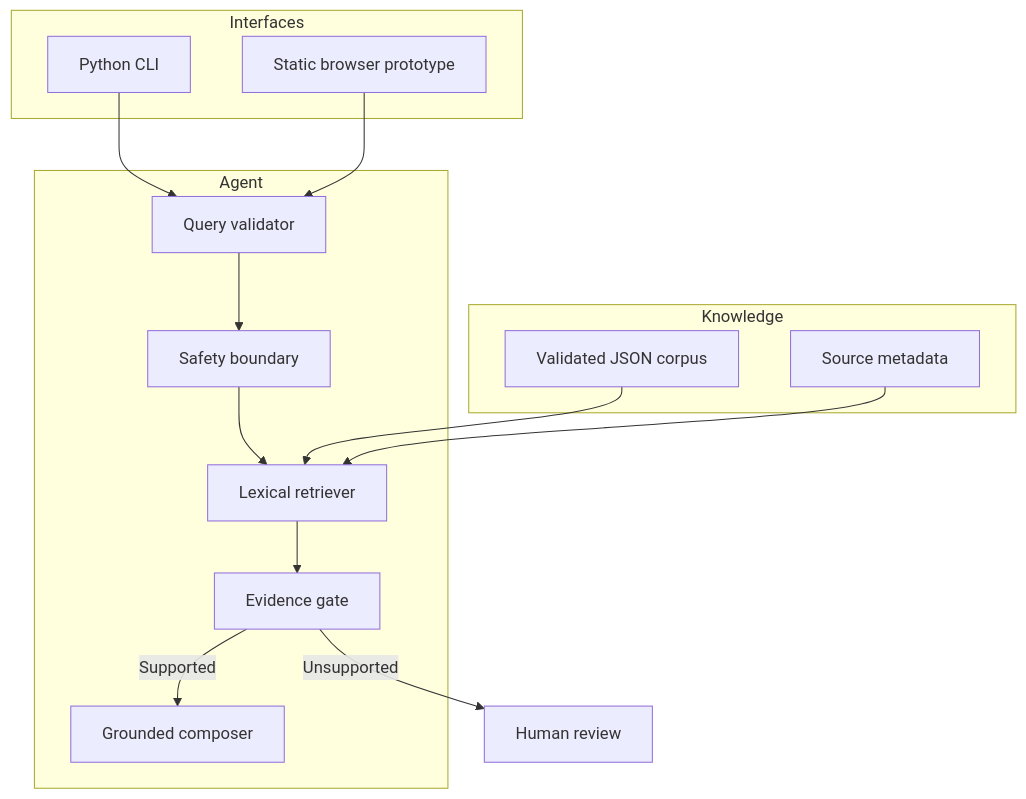
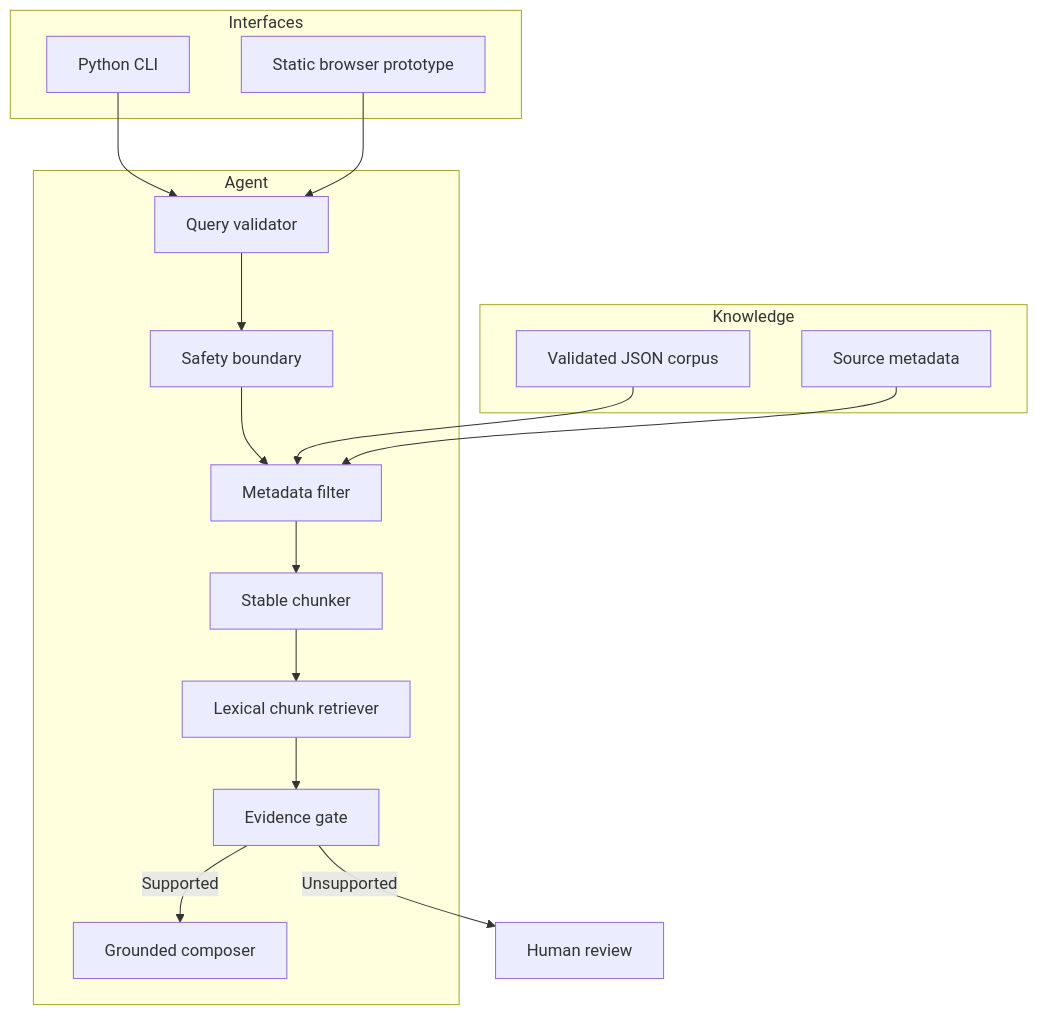
Before and after one commit to magicyao2028-pixel/enterprise-knowledge-agent: the first of 2 diagrams in docs/ARCHITECTURE.md, drawn with Mermaid. The commit also changed other lines of this file and 16 other files, not shown here.

````diff
--- a/docs/ARCHITECTURE.md
+++ b/docs/ARCHITECTURE.md
@@ -13,26 +13,28 @@
 ```mermaid
 flowchart TB
     subgraph Interfaces
       CLI[Python CLI]
       WEB[Static browser prototype]
     end
     subgraph Agent
       V[Query validator]
       S[Safety boundary]
-      R[Lexical retriever]
+      F[Metadata filter]
+      K[Stable chunker]
+      R[Lexical chunk retriever]
       G[Evidence gate]
       C[Grounded composer]
     end
     subgraph Knowledge
       J[Validated JSON corpus]
       M[Source metadata]
     end
     CLI --> V
     WEB --> V
-    V --> S --> R
-    J --> R
-    M --> R
+    V --> S --> F --> K --> R
+    J --> F
+    M --> F
     R --> G
     G -->|Supported| C
     G -->|Unsupported| H[Human review]
 ```
````
